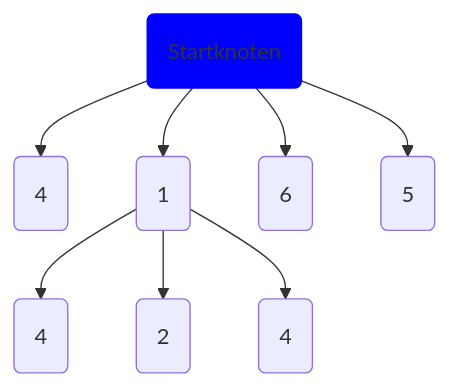
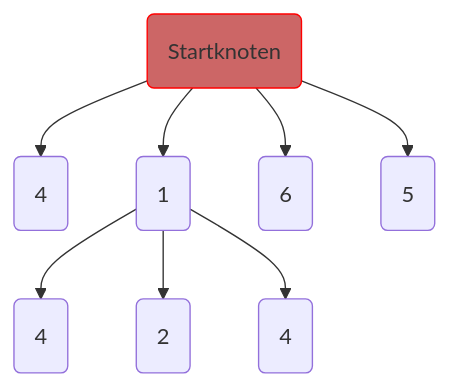
The third of 5 diagrams in docs/solver/ida_star.md (scaui0/scaui0.github.io), drawn with Mermaid before and after one commit. The commit also changed other lines of this file, not shown here.

Commit message:
Add better colors for diagrams.

````diff
--- a/docs/solver/ida_star.md
+++ b/docs/solver/ida_star.md
@@ -99,11 +99,11 @@
 ```mermaid
 graph TD
     Start(Startknoten) --> A(4)
     Start(Startknoten) --> B(1)
     Start(Startknoten) --> C(6)
     Start(Startknoten) --> D(5)
     B --> BA(4)
     B --> BB(2)
     B --> BC(4)
-    style Start stroke: blue, fill: blue
+    style Start stroke: red, fill: #CC6666
 ```
````
